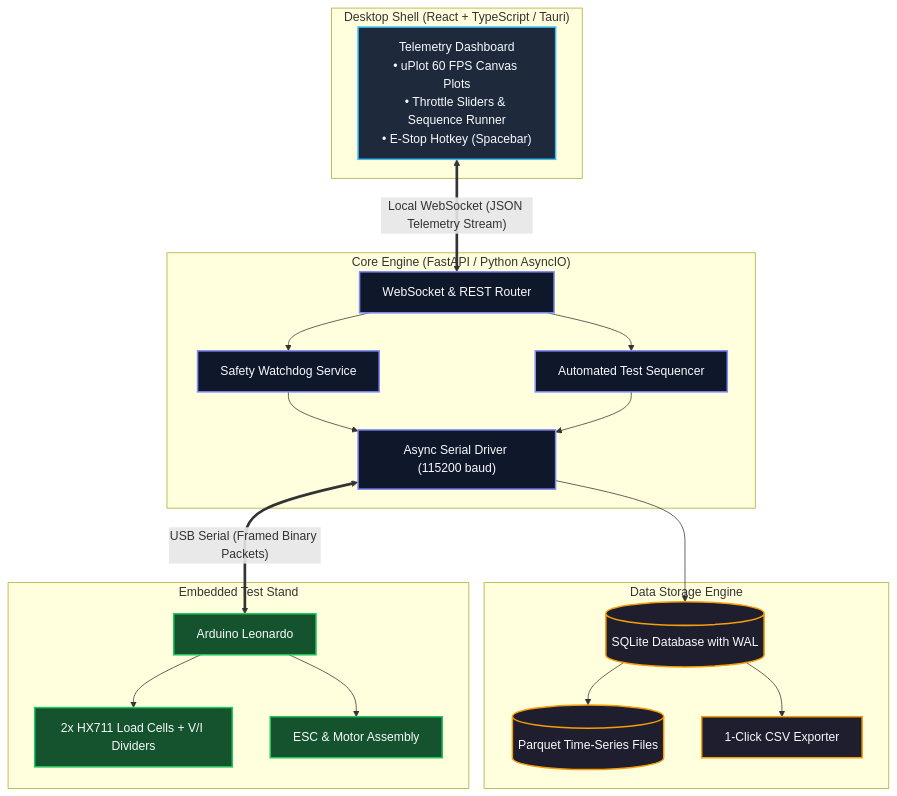
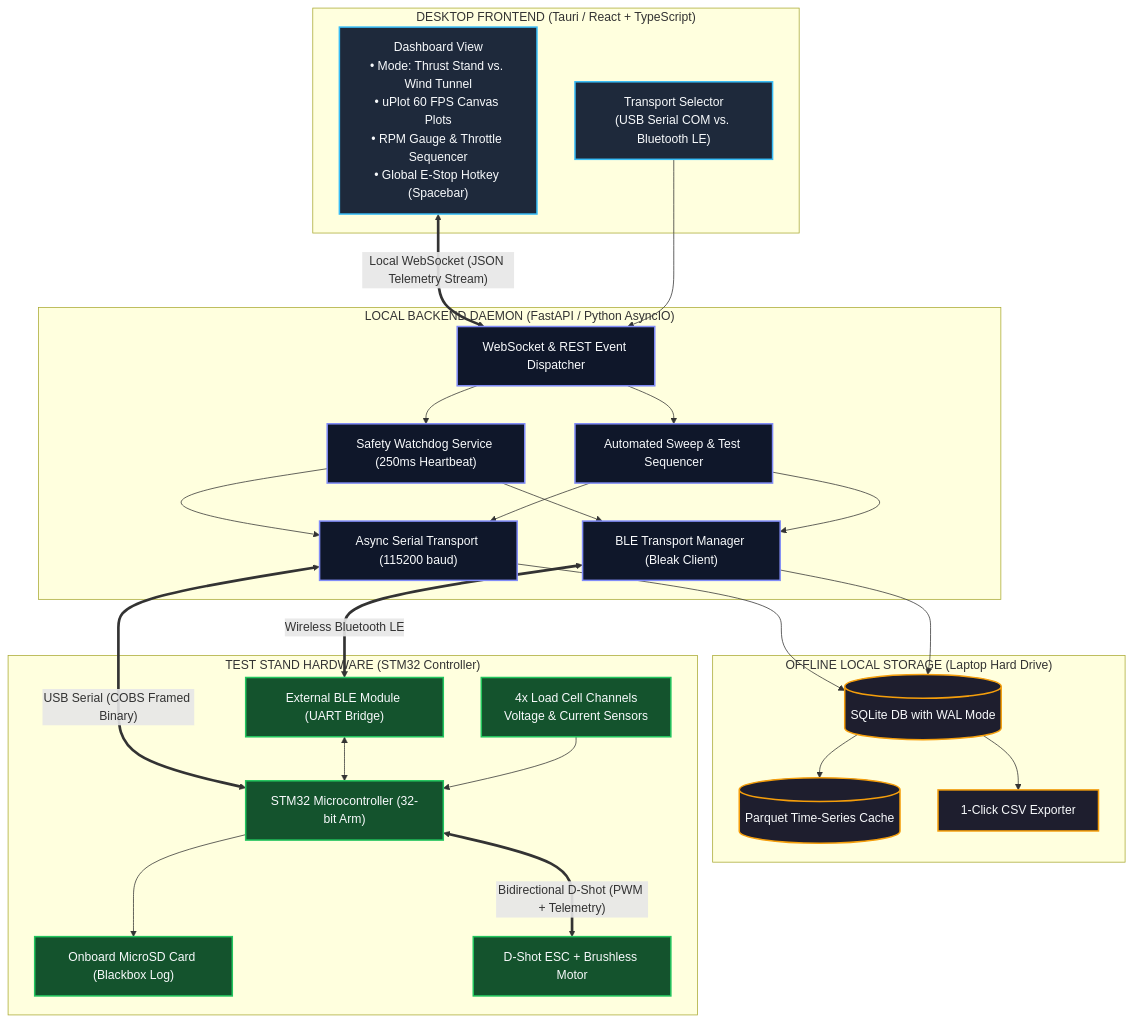
One commit to ubcaerodesign/thrust-stand-v3 changed the diagram in docs/04_architecture.md. Above: the diagram before and after it, drawn with Mermaid. The commit also changed other lines of this file and 2 other files, not shown here.

Commit message:
docs: align system architecture with 2026-2027 STM32 hardware proposal
Update system overview, architecture, and serial protocol specifications
to reflect the new hardware controller capabilities:
- Add D-Shot digital telemetry support for live RPM acquisition
- Expand load cell architecture from 2 to 4 channels for wind tunnel dual-use
- Add dual connectivity support: USB Serial UART and Bluetooth LE (BLE)
- Document 4S to 6S LiPo power architecture and onboard buck regulation
- Incorporate onboard microSD card blackbox logging and data synchronization
- Update binary packet schema (COBS + CRC16) to carry 4 load cells and RPM

````diff
--- a/docs/04_architecture.md
+++ b/docs/04_architecture.md
@@ -9,44 +9,58 @@
 ```mermaid
 flowchart TD
     classDef ui fill:#1e293b,stroke:#38bdf8,stroke-width:2px,color:#f8fafc;
     classDef backend fill:#0f172a,stroke:#818cf8,stroke-width:2px,color:#f8fafc;
     classDef storage fill:#1e1e2e,stroke:#f59e0b,stroke-width:2px,color:#f8fafc;
     classDef hw fill:#14532d,stroke:#22c55e,stroke-width:2px,color:#f8fafc;
 
-    subgraph UI_Layer ["Desktop Shell (React + TypeScript / Tauri)"]
-        UI_View["Telemetry Dashboard<br/>• uPlot 60 FPS Canvas Plots<br/>• Throttle Sliders & Sequence Runner<br/>• E-Stop Hotkey (Spacebar)"]:::ui
+    subgraph UI_Layer ["DESKTOP FRONTEND (Tauri / React + TypeScript)"]
+        UI_Dash["Dashboard View<br/>• Mode: Thrust Stand vs. Wind Tunnel<br/>• uPlot 60 FPS Canvas Plots<br/>• RPM Gauge & Throttle Sequencer<br/>• Global E-Stop Hotkey (Spacebar)"]:::ui
+        UI_Comm["Transport Selector<br/>(USB Serial COM vs. Bluetooth LE)"]:::ui
     end
 
-    subgraph Backend_Layer ["Core Engine (FastAPI / Python AsyncIO)"]
-        WS_Server["WebSocket & REST Router"]:::backend
-        Watchdog["Safety Watchdog Service"]:::backend
-        Sequencer["Automated Test Sequencer"]:::backend
-        SerialHAL["Async Serial Driver (115200 baud)"]:::backend
+    subgraph Backend_Layer ["LOCAL BACKEND DAEMON (FastAPI / Python AsyncIO)"]
+        WS_Router["WebSocket & REST Event Dispatcher"]:::backend
+        Watchdog["Safety Watchdog Service (250ms Heartbeat)"]:::backend
+        Seq_Engine["Automated Sweep & Test Sequencer"]:::backend
+        HAL_Serial["Async Serial Transport (115200 baud)"]:::backend
+        HAL_BLE["BLE Transport Manager (Bleak Client)"]:::backend
     end
 
-    subgraph Storage_Layer ["Data Storage Engine"]
-        SQLite[(SQLite Database with WAL)]:::storage
-        Parquet[(Parquet Time-Series Files)]:::storage
-        CSV[1-Click CSV Exporter]:::storage
+    subgraph Storage_Layer ["OFFLINE LOCAL STORAGE (Laptop Hard Drive)"]
+        SQLite[(SQLite DB with WAL Mode)]:::storage
+        Parquet[(Parquet Time-Series Cache)]:::storage
+        CSV_Export[1-Click CSV Exporter]:::storage
     end
 
-    subgraph Hardware_Layer ["Embedded Test Stand"]
-        MCU["Arduino Leonardo"]:::hw
-        Sensors["2x HX711 Load Cells + V/I Dividers"]:::hw
-        Motor["ESC & Motor Assembly"]:::hw
+    subgraph HW_Layer ["TEST STAND HARDWARE (STM32 Controller)"]
+        STM["STM32 Microcontroller (32-bit Arm)"]:::hw
+        BLE_Mod["External BLE Module (UART Bridge)"]:::hw
+        SD_Card["Onboard MicroSD Card (Blackbox Log)"]:::hw
+        ESC["D-Shot ESC + Brushless Motor"]:::hw
+        Sensors["4x Load Cell Channels<br/>Voltage & Current Sensors"]:::hw
     end
 
-    UI_View <== "Local WebSocket (JSON Telemetry Stream)" ==> WS_Server
-    WS_Server --> Watchdog
-    WS_Server --> Sequencer
-    Watchdog --> SerialHAL
-    Sequencer --> SerialHAL
-    
-    SerialHAL <== "USB Serial (Framed Binary Packets)" ==> MCU
-    MCU --> Sensors
-    MCU --> Motor
+    UI_Dash <== "Local WebSocket (JSON Telemetry Stream)" ==> WS_Router
+    UI_Comm --> WS_Router
 
-    SerialHAL --> SQLite
+    WS_Router --> Watchdog
+    WS_Router --> Seq_Engine
+
+    Watchdog --> HAL_Serial
+    Watchdog --> HAL_BLE
+    Seq_Engine --> HAL_Serial
+    Seq_Engine --> HAL_BLE
+
+    HAL_Serial <== "USB Serial (COBS Framed Binary)" ==> STM
+    HAL_BLE <== "Wireless Bluetooth LE" ==> BLE_Mod
+    BLE_Mod <--> STM
+
+    STM <== "Bidirectional D-Shot (PWM + Telemetry)" ==> ESC
+    Sensors --> STM
+    STM --> SD_Card
+
+    HAL_Serial --> SQLite
+    HAL_BLE --> SQLite
     SQLite --> Parquet
-    SQLite --> CSV
+    SQLite --> CSV_Export
 ```
````
